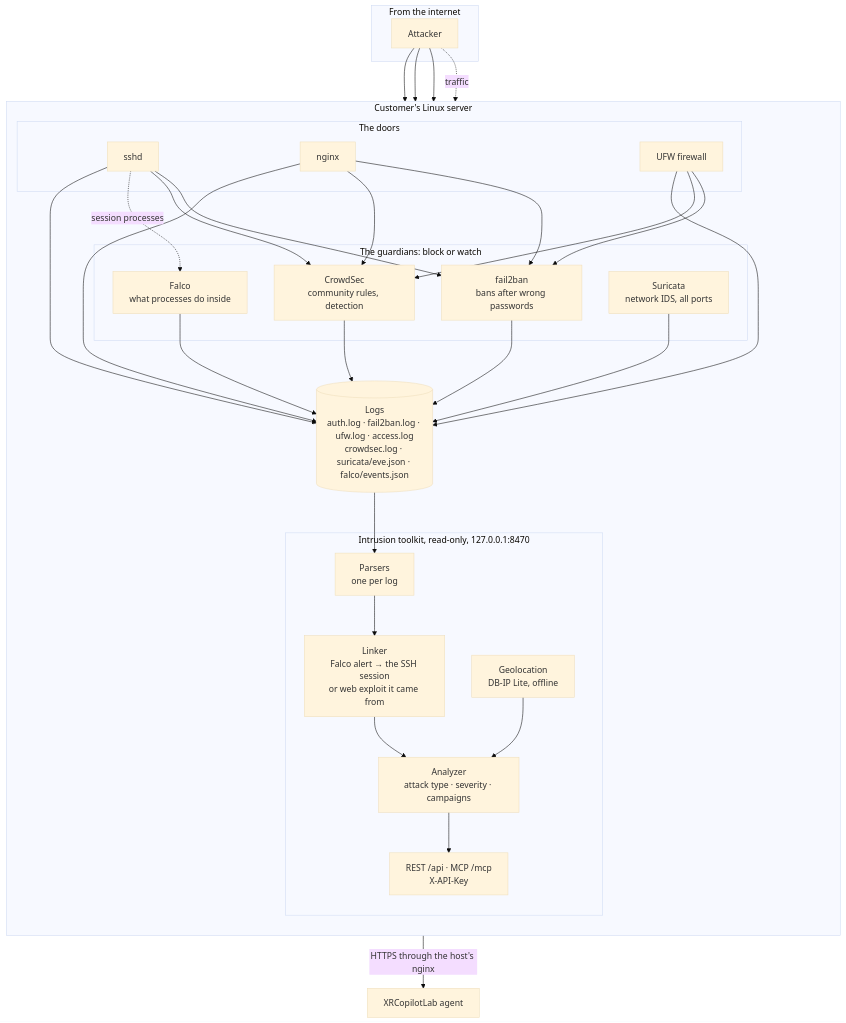
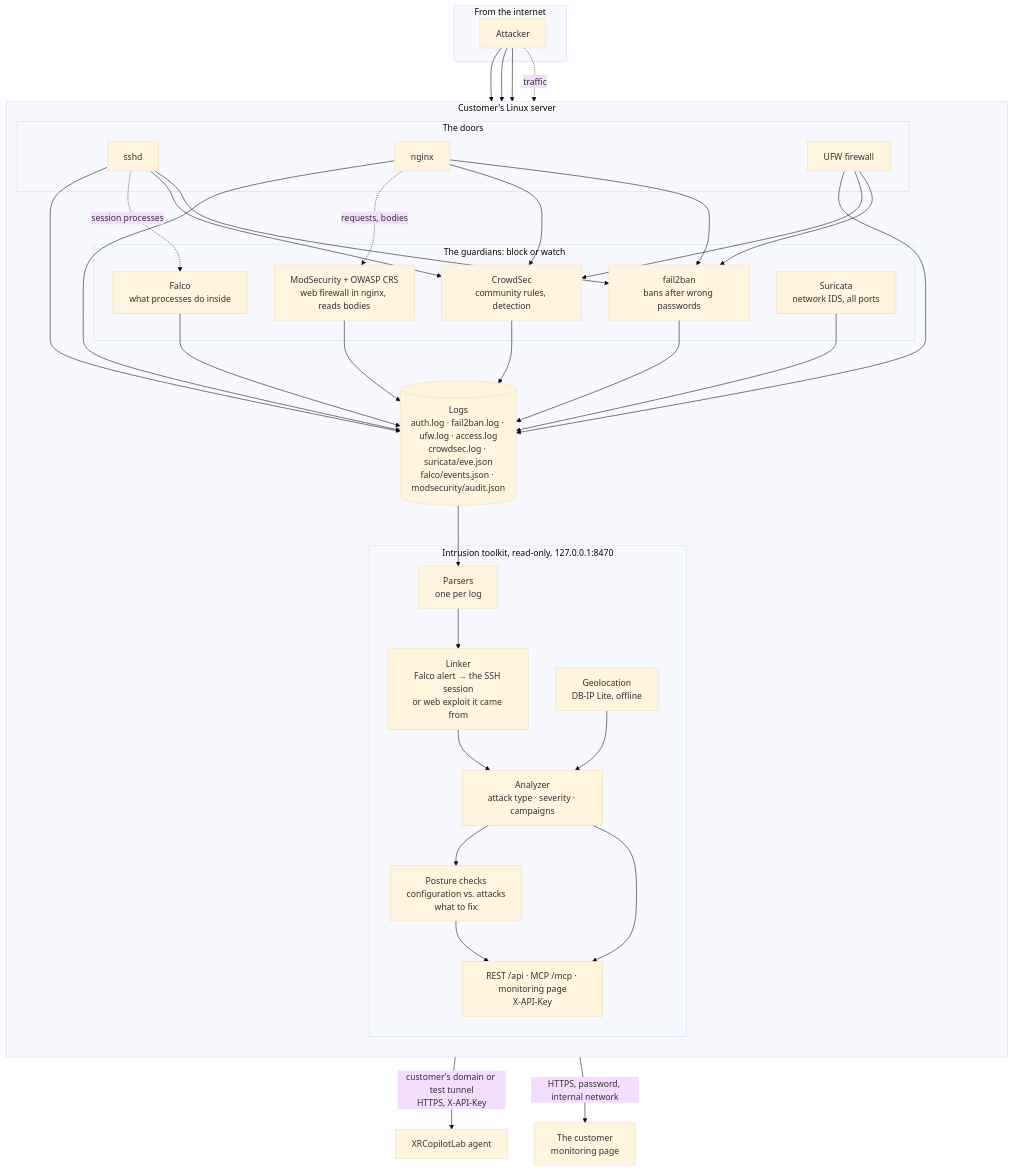
The second of 3 diagrams in README.md (hevolusinnovation/xrcopilotlab-intrusion-mcp), drawn with Mermaid (base theme) before and after one commit. The commit also changed other lines of this file and 46 other files, not shown here.

First line of the commit message:
feat: ModSecurity + OWASP CRS, read-only monitoring page, posture/guardians tools, dynamic connection URL

````diff
--- a/README.md
+++ b/README.md
@@ -42,38 +45,44 @@
 ```mermaid
 flowchart TB
   subgraph NET[From the internet]
     ATK[Attacker]
   end
   subgraph HOST[Customer's Linux server]
     direction TB
     subgraph DOORS[The doors]
       SSHD[sshd]
       NGINX[nginx]
       FW[UFW firewall]
     end
     subgraph GUARDS[The guardians: block or watch]
       F2B[fail2ban<br/>bans after wrong passwords]
       CS[CrowdSec<br/>community rules, detection]
       SUR[Suricata<br/>network IDS, all ports]
       FAL[Falco<br/>what processes do inside]
+      MOD[ModSecurity + OWASP CRS<br/>web firewall in nginx, reads bodies]
     end
-    LOGS[(Logs<br/>auth.log · fail2ban.log · ufw.log · access.log<br/>crowdsec.log · suricata/eve.json · falco/events.json)]
+    LOGS[(Logs<br/>auth.log · fail2ban.log · ufw.log · access.log<br/>crowdsec.log · suricata/eve.json<br/>falco/events.json · modsecurity/audit.json)]
     subgraph TK[Intrusion toolkit, read-only, 127.0.0.1:8470]
       P[Parsers<br/>one per log]
       L[Linker<br/>Falco alert → the SSH session<br/>or web exploit it came from]
       AN[Analyzer<br/>attack type · severity · campaigns]
       GEO[Geolocation<br/>DB-IP Lite, offline]
-      API[REST /api · MCP /mcp<br/>X-API-Key]
+      PST[Posture checks<br/>configuration vs. attacks<br/>what to fix]
+      API[REST /api · MCP /mcp · monitoring page<br/>X-API-Key]
     end
   end
   XRC[XRCopilotLab agent]
+  CUST[The customer<br/>monitoring page]
 
   ATK --> SSHD & NGINX & FW
   SSHD & NGINX & FW --> F2B & CS
   ATK -. traffic .-> SUR
   SSHD -. session processes .-> FAL
-  SSHD & NGINX & FW & F2B & CS & SUR & FAL --> LOGS
+  NGINX -. requests, bodies .-> MOD
+  SSHD & NGINX & FW & F2B & CS & SUR & FAL & MOD --> LOGS
   LOGS --> P --> L --> AN --> API
   GEO --> AN
-  API -->|HTTPS through the host's nginx| XRC
+  AN --> PST --> API
+  API -->|customer's domain or test tunnel<br/>HTTPS, X-API-Key| XRC
+  API -->|HTTPS, password, internal network| CUST
 ```
````
